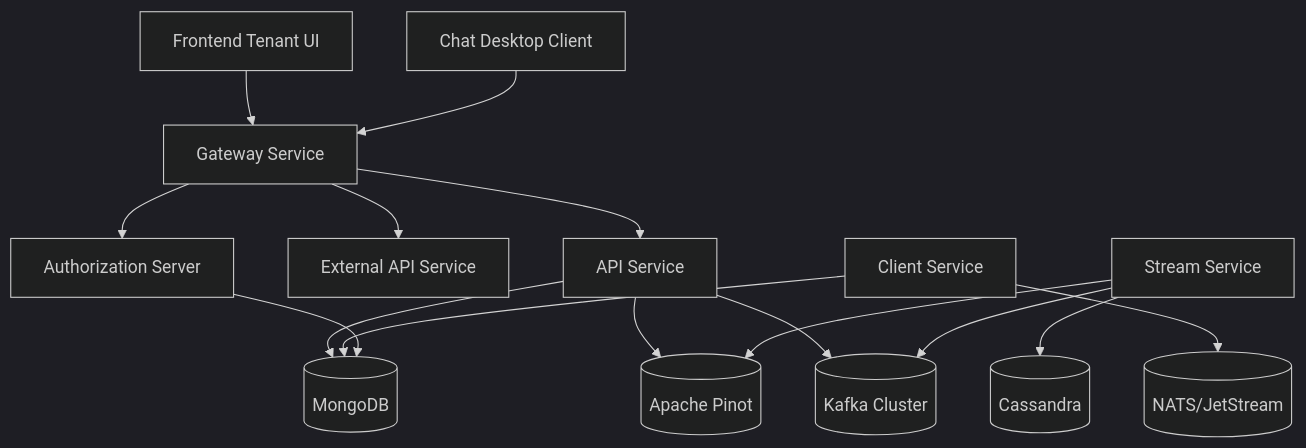
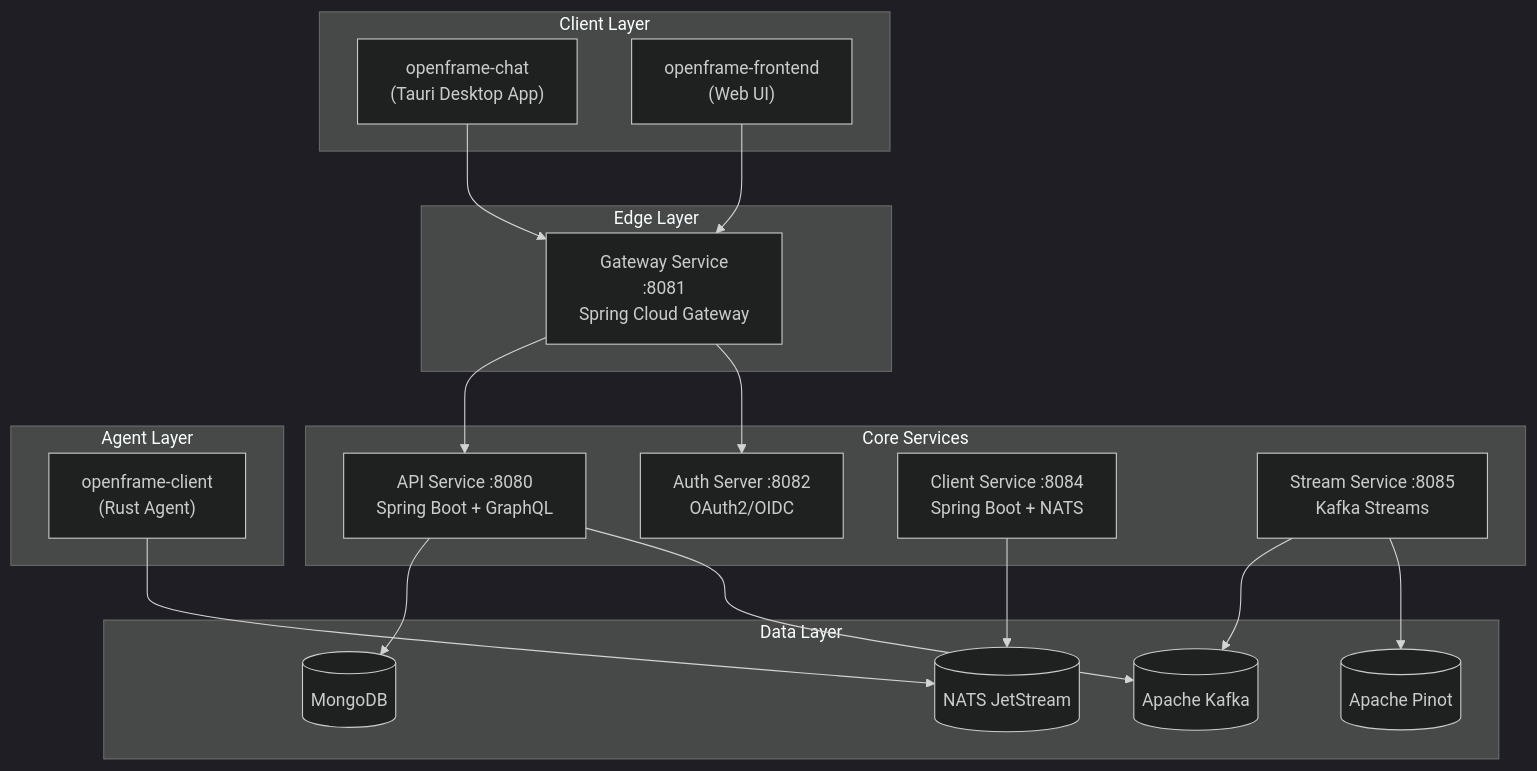
The diagram in docs/getting-started/introduction.md (flamingo-stack/openframe-oss-tenant), drawn with Mermaid (dark theme) before and after one commit. The commit also changed other lines of this file and 10 other files, not shown here.

````diff
--- a/docs/getting-started/introduction.md
+++ b/docs/getting-started/introduction.md
@@ -51,22 +49,40 @@
 ```mermaid
-flowchart TD
-    UI[Frontend Tenant UI] --> Gateway[Gateway Service]
-    Chat[Chat Desktop Client] --> Gateway
-    
-    Gateway --> API[API Service]
-    Gateway --> External[External API Service]
-    Gateway --> Auth[Authorization Server]
-    
-    API --> Mongo[(MongoDB)]
-    API --> Pinot[(Apache Pinot)]
-    API --> Kafka[(Kafka Cluster)]
-    
-    Stream[Stream Service] --> Kafka
-    Stream --> Cassandra[(Cassandra)]
-    Stream --> Pinot
-    
-    Client[Client Service] --> Mongo
-    Client --> NATS[(NATS/JetStream)]
-    
-    Auth --> Mongo
+graph TB
+    subgraph Clients["Client Layer"]
+        ChatApp["openframe-chat\n(Tauri Desktop App)"]
+        FrontendUI["openframe-frontend\n(Web UI)"]
+    end
+
+    subgraph Gateway["Edge Layer"]
+        GW["Gateway Service\n:8081\nSpring Cloud Gateway"]
+    end
+
+    subgraph CoreServices["Core Services"]
+        API["API Service :8080\nSpring Boot + GraphQL"]
+        AuthServer["Auth Server :8082\nOAuth2/OIDC"]
+        ClientSvc["Client Service :8084\nSpring Boot + NATS"]
+        StreamSvc["Stream Service :8085\nKafka Streams"]
+    end
+
+    subgraph AgentLayer["Agent Layer"]
+        OFClient["openframe-client\n(Rust Agent)"]
+    end
+
+    subgraph DataLayer["Data Layer"]
+        Mongo[("MongoDB")]
+        NATS[("NATS JetStream")]
+        Kafka[("Apache Kafka")]
+        Pinot[("Apache Pinot")]
+    end
+
+    ChatApp --> GW
+    FrontendUI --> GW
+    GW --> API
+    GW --> AuthServer
+    API --> Mongo
+    API --> Kafka
+    StreamSvc --> Kafka
+    StreamSvc --> Pinot
+    ClientSvc --> NATS
+    OFClient --> NATS
 ```
````
